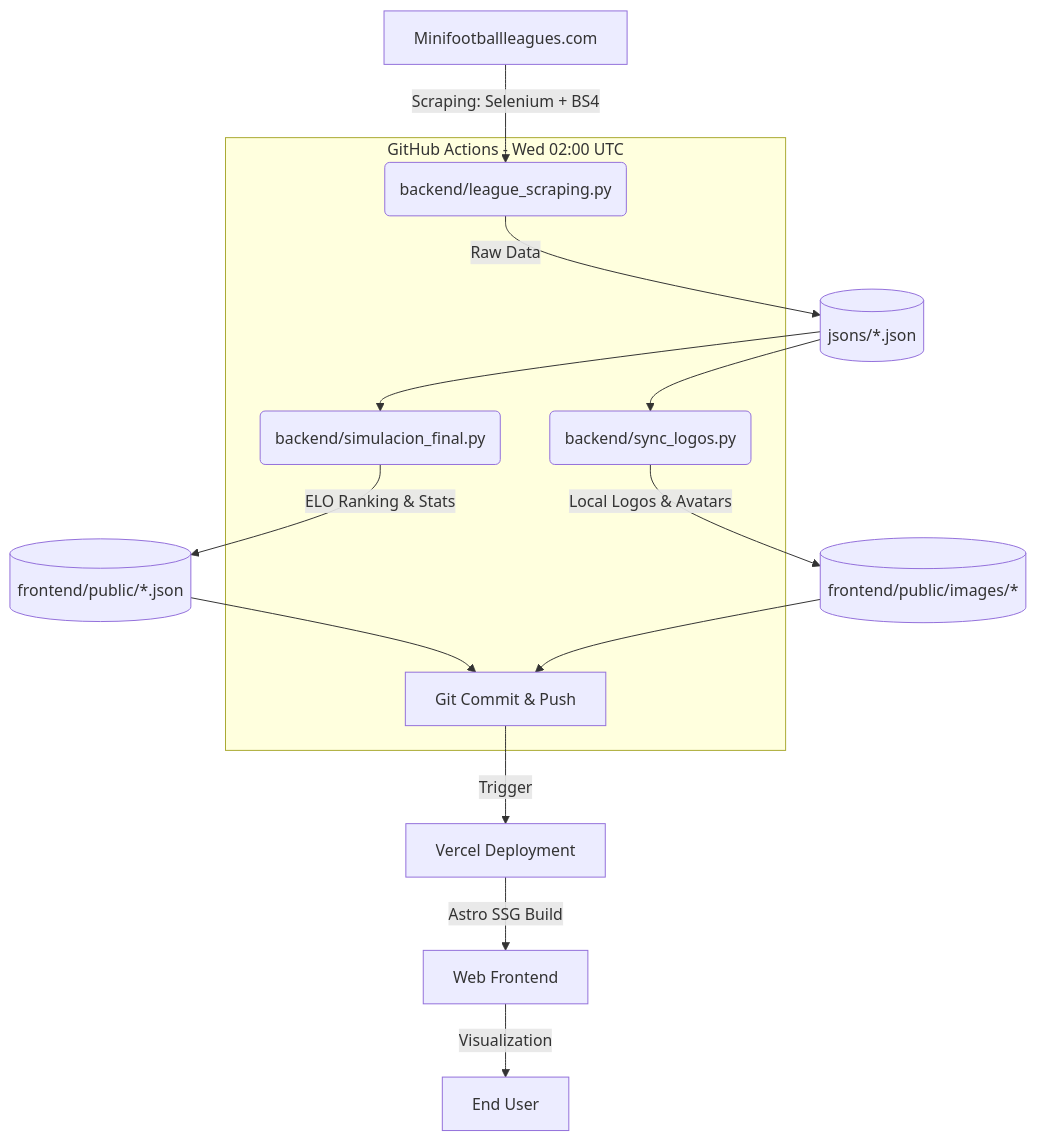
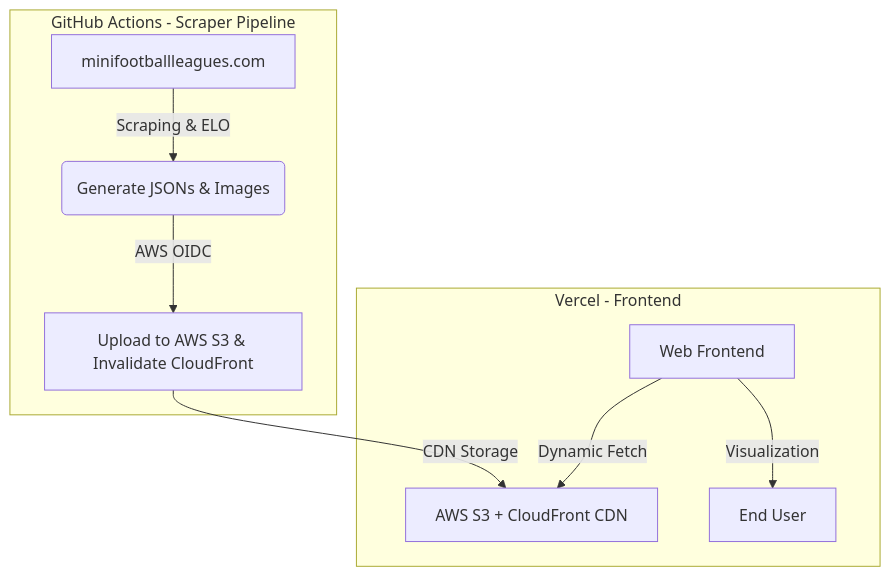
Before and after one commit to floatingbit23/minifootballleagueanalyzer: the diagram in README_EN.md, drawn with Mermaid. The commit also changed other lines of this file and 3 other files, not shown here.

````diff
--- a/README_EN.md
+++ b/README_EN.md
@@ -116,22 +117,14 @@
 ```mermaid
 graph TD
-    A[Minifootballleagues.com] -->|Scraping: Selenium + BS4| B(backend/league_scraping.py)
-    B -->|Raw Data| C[(jsons/*.json)]
-    C --> S(backend/sync_logos.py)
-    S -->|Local Logos & Avatars| E[(frontend/public/images/*)]
-    C --> D(backend/simulacion_final.py)
-    D -->|ELO Ranking & Stats| F[(frontend/public/*.json)]
+    subgraph GitHub_Actions [GitHub Actions - Scraper Pipeline]
+        A[minifootballleagues.com] -->|Scraping & ELO| B(Generate JSONs & Images)
+        B -->|AWS OIDC| C[Upload to AWS S3 & Invalidate CloudFront]
+    end
+
+    C -->|CDN Storage| D[AWS S3 + CloudFront CDN]
     
-    subgraph GitHub_Actions [GitHub Actions - Wed 02:00 UTC]
-        B
-        S
-        D
-        G[Git Commit & Push]
+    subgraph Vercel_App [Vercel - Frontend]
+        E[Web Frontend] -->|Dynamic Fetch| D
+        E -->|Visualization| F[End User]
     end
-    
-    F --> G
-    E --> G
-    G -->|Trigger| H[Vercel Deployment]
-    H -->|Astro SSG Build| I[Web Frontend]
-    I -->|Visualization| J[End User]
 ```
````
